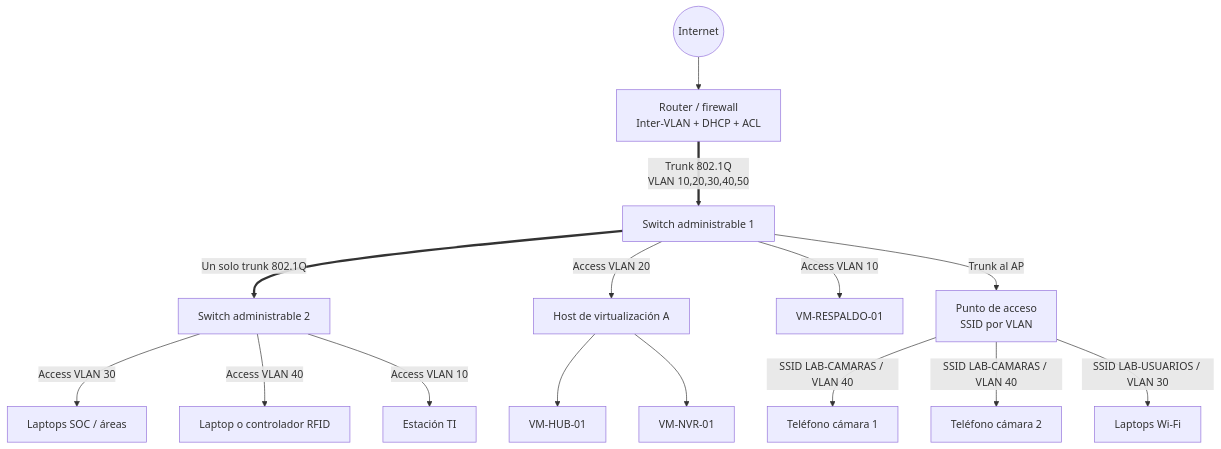
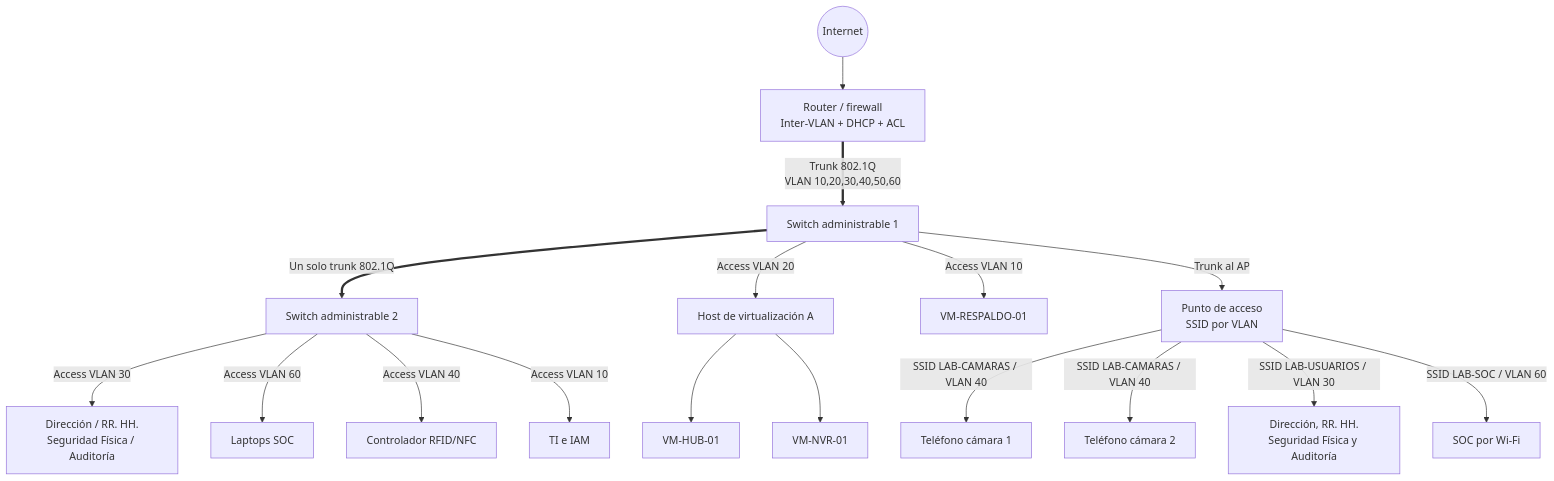
Before and after one commit to ElShapie/security-hub-infrastructure: the diagram in diagramas/01_TOPOLOGIA_FISICA.md, drawn with Mermaid. The commit also changed 4 other files, not shown here.

````diff
--- a/diagramas/01_TOPOLOGIA_FISICA.md
+++ b/diagramas/01_TOPOLOGIA_FISICA.md
@@ -3,20 +3,22 @@
 ```mermaid
 flowchart TB
     INTERNET((Internet)) --> ROUTER[Router / firewall<br/>Inter-VLAN + DHCP + ACL]
-    ROUTER == "Trunk 802.1Q<br/>VLAN 10,20,30,40,50" ==> SW1[Switch administrable 1]
+    ROUTER == "Trunk 802.1Q<br/>VLAN 10,20,30,40,50,60" ==> SW1[Switch administrable 1]
     SW1 == "Un solo trunk 802.1Q" ==> SW2[Switch administrable 2]
 
     SW1 -->|Access VLAN 20| HOST1[Host de virtualización A]
     HOST1 --> HUB[VM-HUB-01]
     HOST1 --> NVR[VM-NVR-01]
     SW1 -->|Access VLAN 10| BACKUP[VM-RESPALDO-01]
     SW1 -->|Trunk al AP| AP[Punto de acceso<br/>SSID por VLAN]
 
     AP -->|SSID LAB-CAMARAS / VLAN 40| CAM1[Teléfono cámara 1]
     AP -->|SSID LAB-CAMARAS / VLAN 40| CAM2[Teléfono cámara 2]
-    AP -->|SSID LAB-USUARIOS / VLAN 30| LAPW[Laptops Wi-Fi]
+    AP -->|SSID LAB-USUARIOS / VLAN 30| LAPW[Dirección, RR. HH.<br/>Seguridad Física y Auditoría]
+    AP -->|SSID LAB-SOC / VLAN 60| SOCW[SOC por Wi-Fi]
 
-    SW2 -->|Access VLAN 30| SOC[Laptops SOC / áreas]
-    SW2 -->|Access VLAN 40| RFID[Laptop o controlador RFID]
-    SW2 -->|Access VLAN 10| TI[Estación TI]
+    SW2 -->|Access VLAN 30| AREAS[Dirección / RR. HH.<br/>Seguridad Física / Auditoría]
+    SW2 -->|Access VLAN 60| SOC[Laptops SOC]
+    SW2 -->|Access VLAN 40| RFID[Controlador RFID/NFC]
+    SW2 -->|Access VLAN 10| TI[TI e IAM]
 ```
````
